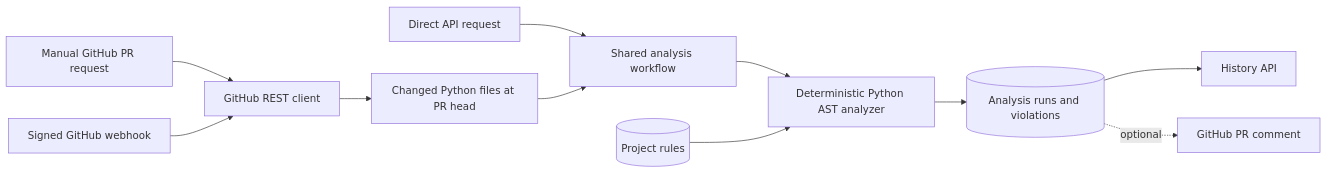
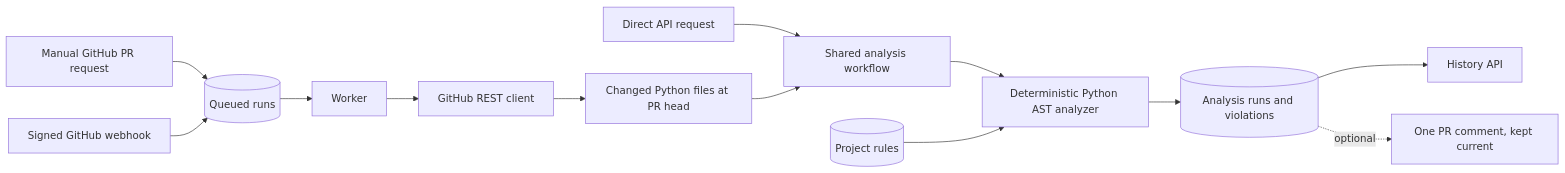
The diagram in README.md (IliyasNU/invariant), drawn with Mermaid before and after one commit. The commit also changed other lines of this file and 1 other file, not shown here.

First line of the commit message:
docs: one PR comment kept current, download limits and the PR snapshot

````diff
--- a/README.md
+++ b/README.md
@@ -16,13 +16,15 @@
 ```mermaid
 flowchart LR
     Direct[Direct API request] --> Pipeline[Shared analysis workflow]
-    Manual[Manual GitHub PR request] --> GitHub[GitHub REST client]
-    Webhook[Signed GitHub webhook] --> GitHub
+    Manual[Manual GitHub PR request] --> Queue[(Queued runs)]
+    Webhook[Signed GitHub webhook] --> Queue
+    Queue --> Worker[Worker]
+    Worker --> GitHub[GitHub REST client]
     GitHub --> Files[Changed Python files at PR head]
     Files --> Pipeline
     Pipeline --> AST[Deterministic Python AST analyzer]
     Rules[(Project rules)] --> AST
     AST --> Runs[(Analysis runs and violations)]
     Runs --> History[History API]
-    Runs -. optional .-> Comment[GitHub PR comment]
+    Runs -. optional .-> Comment[One PR comment, kept current]
 ```
````
